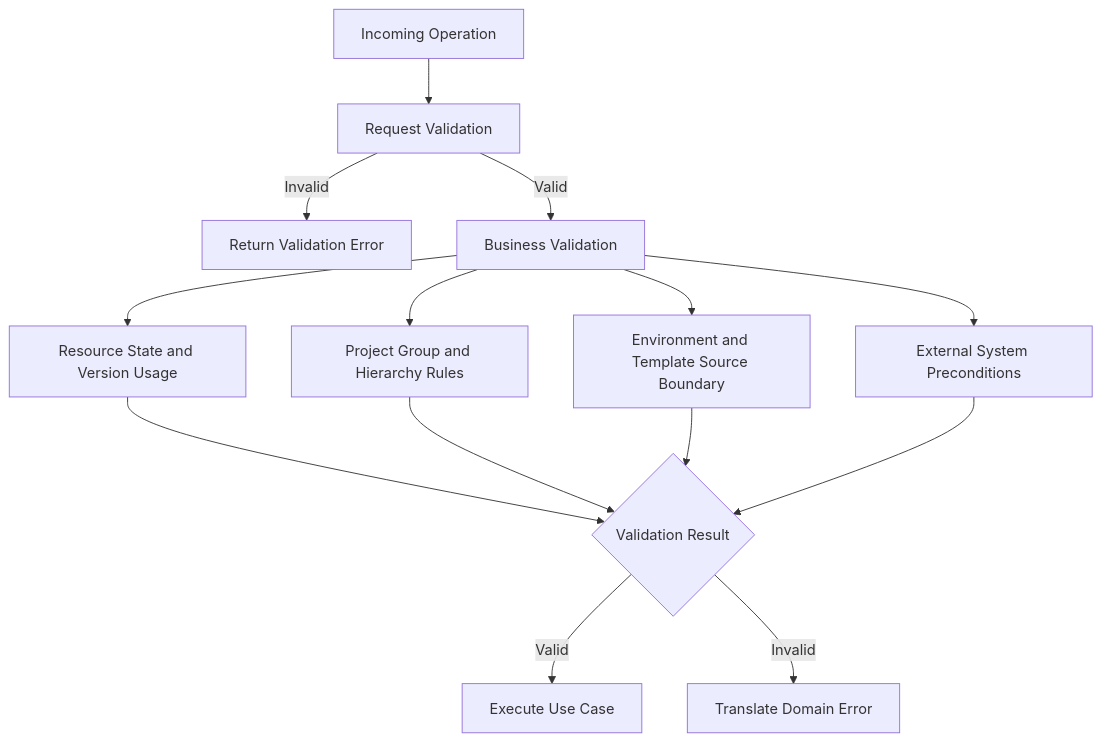
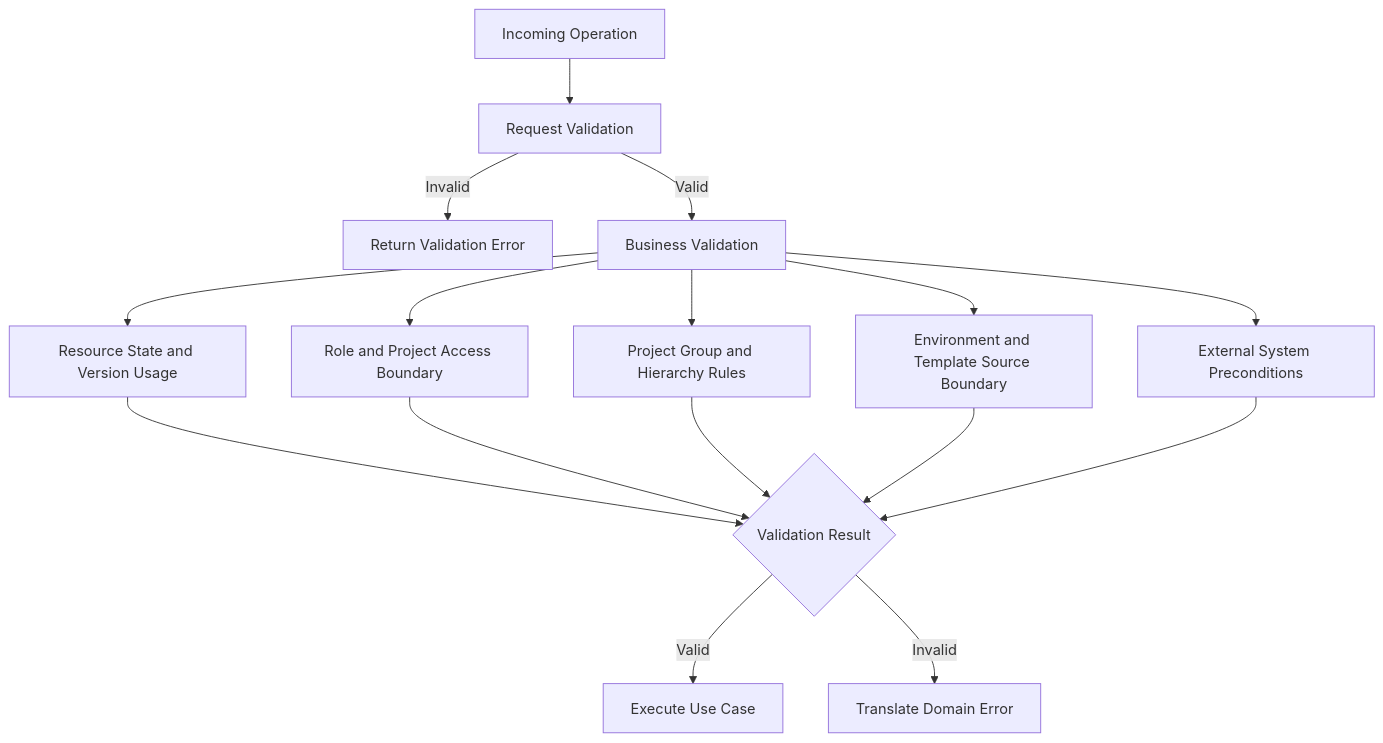
One commit to Tsonrat/software-engineer-journey changed diagram 12 of 13 in project/k8s_cicd_Platform/Backend.md. Above: the diagram before and after it, drawn with Mermaid. The commit also changed other lines of this file, not shown here.

````diff
--- a/project/k8s_cicd_Platform/Backend.md
+++ b/project/k8s_cicd_Platform/Backend.md
@@ -366,19 +432,21 @@
 ```mermaid
 flowchart TD
     A["Incoming Operation"] --> B["Request Validation"]
     B -->|Invalid| C["Return Validation Error"]
     B -->|Valid| D["Business Validation"]
 
     D --> E["Resource State and Version Usage"]
+    D --> L["Role and Project Access Boundary"]
     D --> F["Project Group and Hierarchy Rules"]
     D --> G["Environment and Template Source Boundary"]
     D --> H["External System Preconditions"]
 
     E --> I{"Validation Result"}
+    L --> I
     F --> I
     G --> I
     H --> I
 
     I -->|Valid| J["Execute Use Case"]
     I -->|Invalid| K["Translate Domain Error"]
 ```
````
